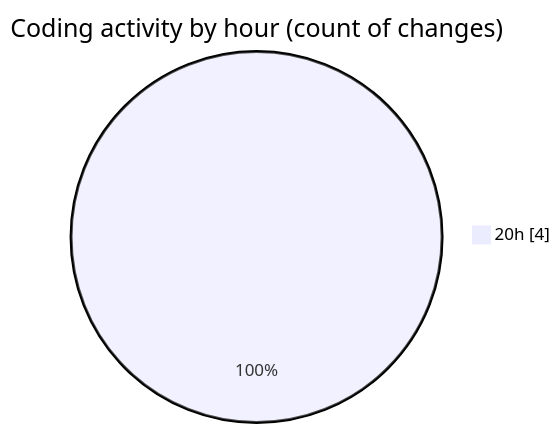
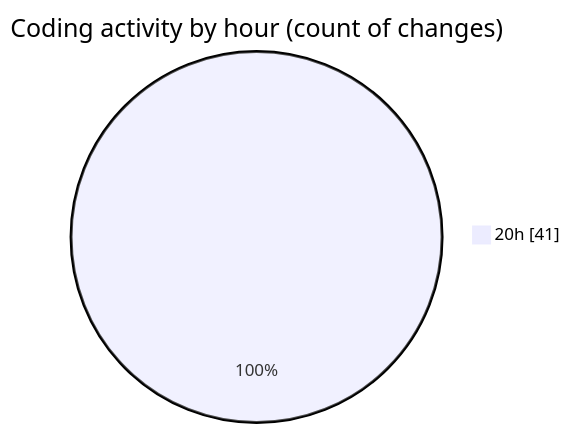
The second of 2 diagrams in 2025-08-23/_claude/README.md (EIIisD/code-tracking), drawn with Mermaid before and after one commit. The commit also changed other lines of this file and 1 other file, not shown here.

````diff
--- a/2025-08-23/_claude/README.md
+++ b/2025-08-23/_claude/README.md
@@ -30,5 +32,5 @@
 ```mermaid
 pie showData
 title Coding activity by hour (count of changes)
-"20h" : 4
+"20h" : 41
 ```
````
